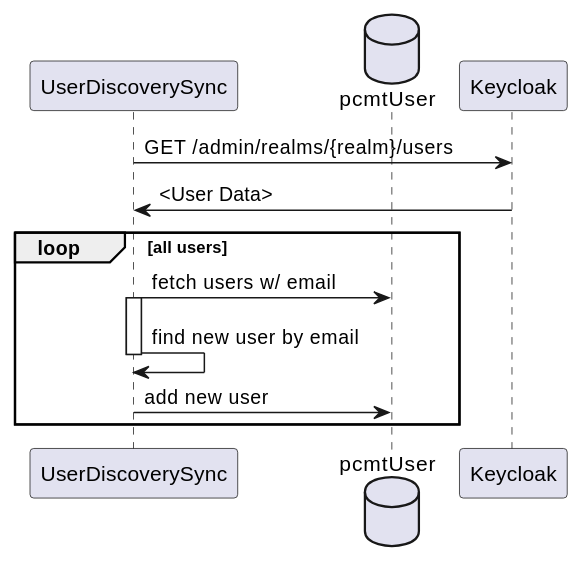
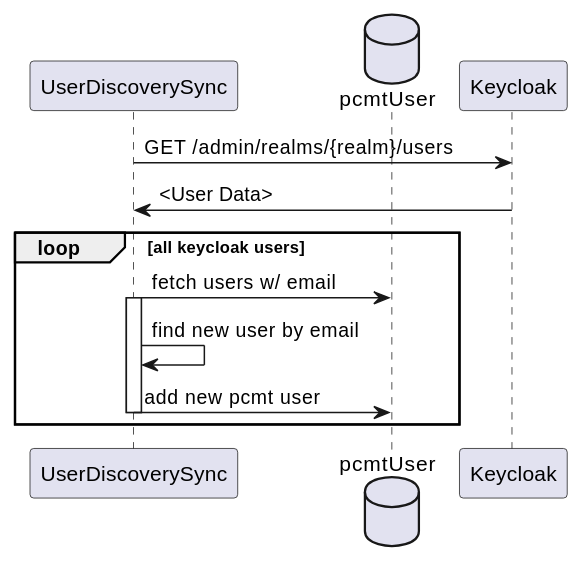
The diagram in docs/sso.md (Lesotho-NPC/pcmt), drawn with PlantUML before and after one commit.

Commit message:
#86, adjust activation for clarity in sequence

````diff
--- a/docs/sso.md
+++ b/docs/sso.md
@@ -13,18 +13,19 @@
 ```plantuml
 participant UserDiscoverySync as userSync
 database pcmtUser
 participant Keycloak
 
 userSync -> Keycloak : GET /admin/realms/{realm}/users
 Keycloak -> userSync : <User Data>
 
-loop all users
+loop all keycloak users
 userSync -> pcmtUser : fetch users w/ email
 
 activate userSync
 userSync -> userSync : find new user by email
+
+userSync -> pcmtUser : add new pcmt user
 deactivate userSync
 
-userSync -> pcmtUser : add new user
 end
 ```
````
